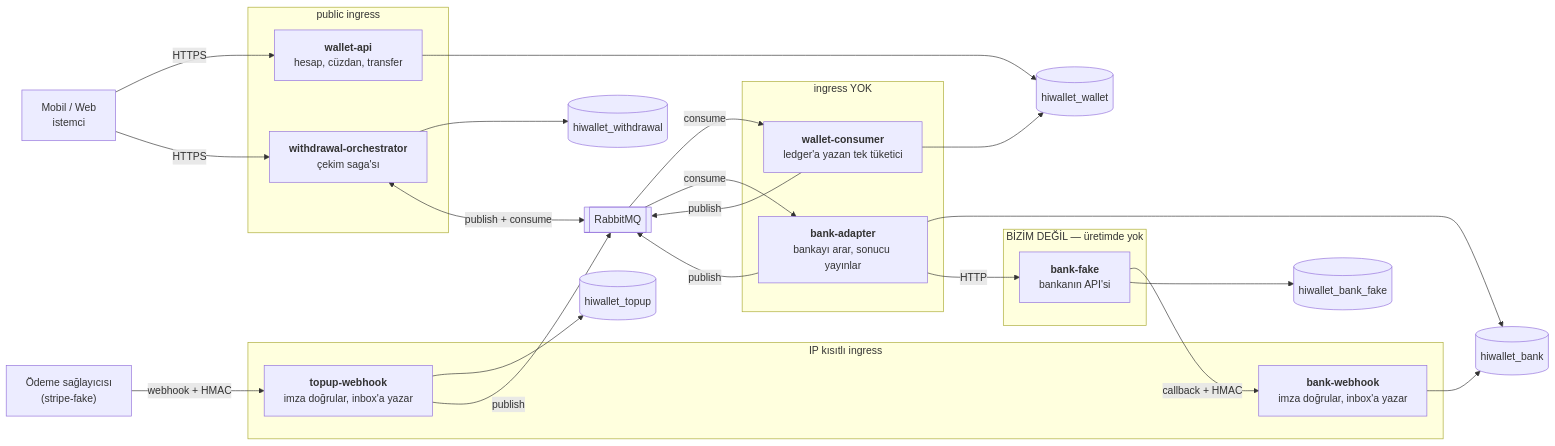
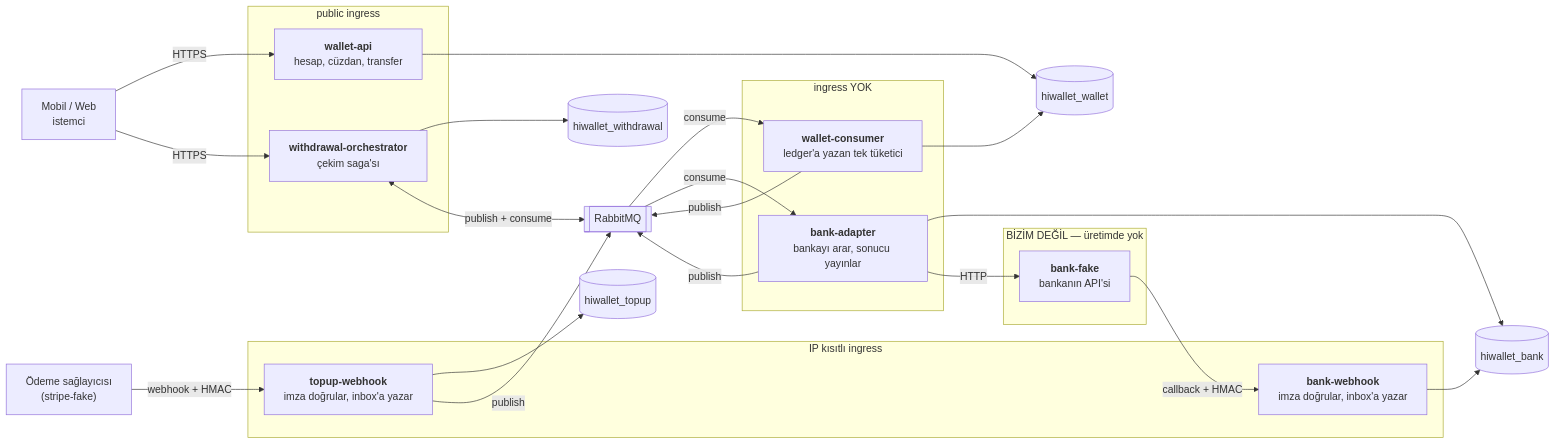
One commit to firate/HiWallet changed the first of 4 diagrams in docs/architecture.md. Above: the diagram before and after it, drawn with Mermaid. The commit also changed other lines of this file and 7 other files, not shown here.

````diff
--- a/docs/architecture.md
+++ b/docs/architecture.md
@@ -13,54 +13,52 @@
 ```mermaid
 flowchart LR
     client["Mobil / Web<br/>istemci"]
     provider["Ödeme sağlayıcısı<br/>(stripe-fake)"]
 
     subgraph public["public ingress"]
         api["<b>wallet-api</b><br/>hesap, cüzdan, transfer"]
         orch["<b>withdrawal-orchestrator</b><br/>çekim saga'sı"]
     end
 
     subgraph restricted["IP kısıtlı ingress"]
         hook["<b>topup-webhook</b><br/>imza doğrular, inbox'a yazar"]
         bhook["<b>bank-webhook</b><br/>imza doğrular, inbox'a yazar"]
     end
 
     subgraph noingress["ingress YOK"]
         consumer["<b>wallet-consumer</b><br/>ledger'a yazan tek tüketici"]
         adapter["<b>bank-adapter</b><br/>bankayı arar, sonucu yayınlar"]
     end
 
     subgraph outside["BİZİM DEĞİL — üretimde yok"]
         bank["<b>bank-fake</b><br/>bankanın API'si"]
     end
 
     mq[["RabbitMQ"]]
 
     wdb[("hiwallet_wallet")]
     tdb[("hiwallet_topup")]
     odb[("hiwallet_withdrawal")]
     bdb[("hiwallet_bank")]
-    fdb[("hiwallet_bank_fake")]
 
     client -->|HTTPS| api
     client -->|HTTPS| orch
     provider -->|"webhook + HMAC"| hook
     bank -->|"callback + HMAC"| bhook
 
     api --> wdb
     consumer --> wdb
     hook --> tdb
     orch --> odb
     adapter --> bdb
     bhook --> bdb
-    bank --> fdb
 
     adapter -->|"HTTP"| bank
 
     hook -->|publish| mq
     orch <-->|"publish + consume"| mq
     mq -->|consume| consumer
     consumer -->|publish| mq
     mq -->|consume| adapter
     adapter -->|publish| mq
 ```
````
